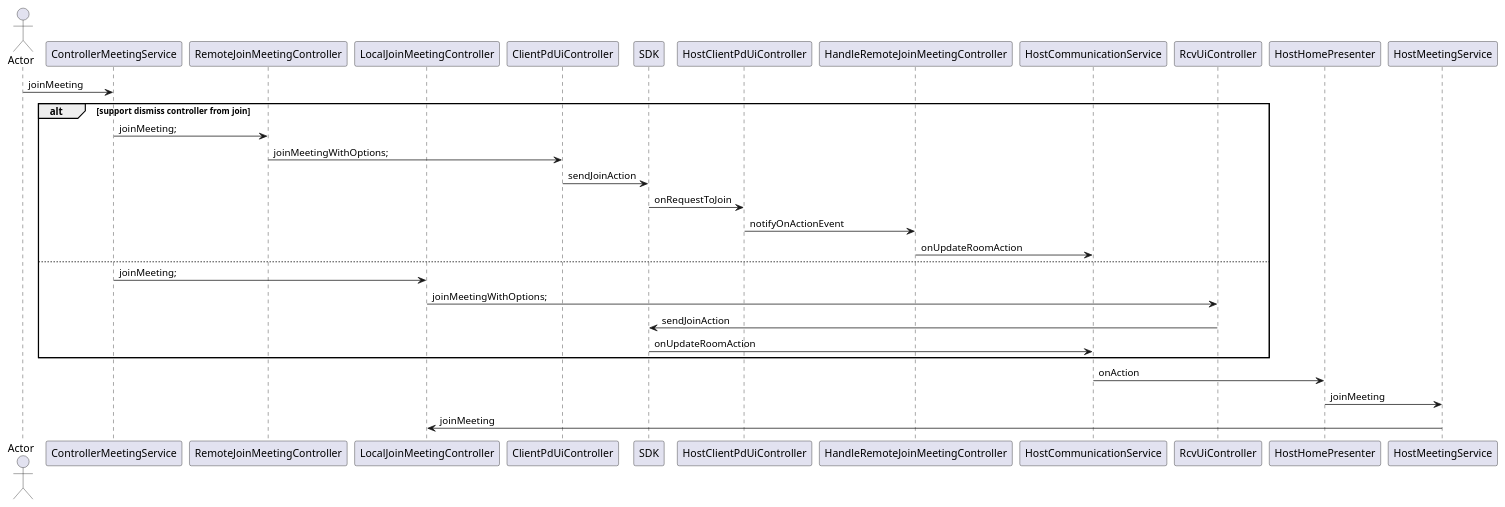
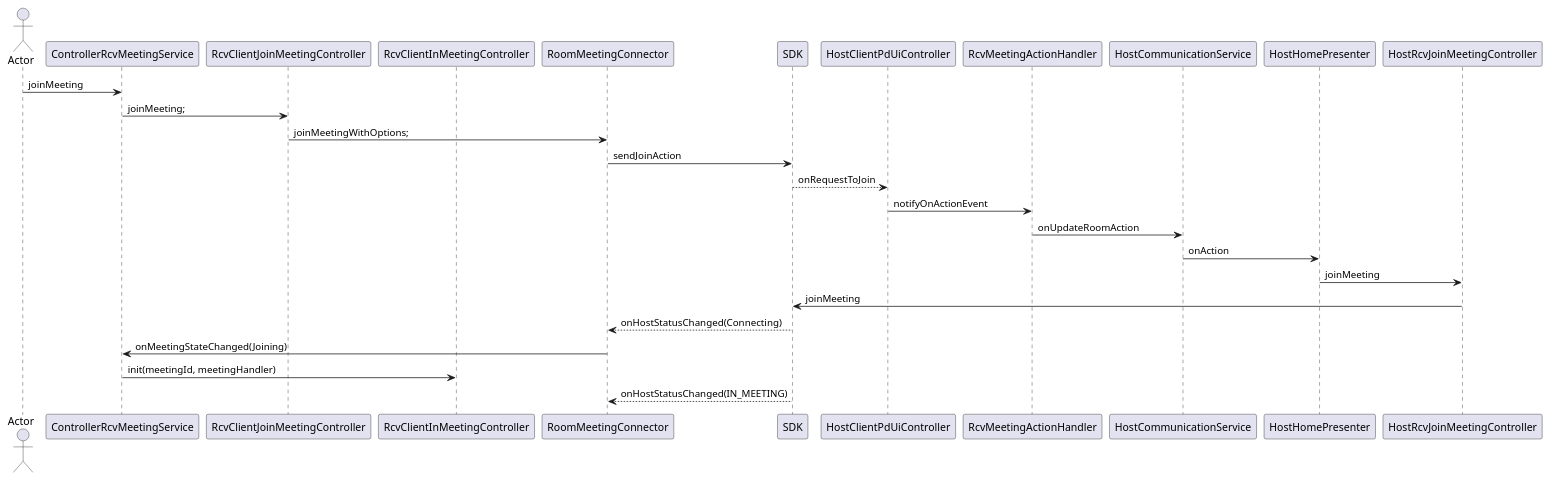
One commit to DarkSherlock/PlantUML changed the diagram in uml/dismissControllerFromJoin/DismissJoinSequenceDiagram.puml. Above: the diagram before and after it, drawn with PlantUML. The commit also changed 2 other files, not shown here.

Commit message:
add dismiss controller from join

```diff
--- a/uml/dismissControllerFromJoin/DismissJoinSequenceDiagram.puml
+++ b/uml/dismissControllerFromJoin/DismissJoinSequenceDiagram.puml
@@ -1,31 +1,28 @@
 @startuml
 'https://plantuml.com/sequence-diagram
 
 'autonumber
 
 actor Actor
-participant ControllerMeetingService
-participant RemoteJoinMeetingController
-participant LocalJoinMeetingController
+participant ControllerRcvMeetingService
+participant RcvClientJoinMeetingController
+participant RcvClientInMeetingController
 autoactivate off
 
-Actor -> ControllerMeetingService: joinMeeting
-alt support dismiss controller from join
-    ControllerMeetingService -> RemoteJoinMeetingController:joinMeeting;
-    RemoteJoinMeetingController -> ClientPdUiController:joinMeetingWithOptions;
-    ClientPdUiController -> SDK:sendJoinAction
-    SDK -> HostClientPdUiController:onRequestToJoin
-    HostClientPdUiController -> HandleRemoteJoinMeetingController: notifyOnActionEvent
-    HandleRemoteJoinMeetingController -> HostCommunicationService:onUpdateRoomAction
-else
-    ControllerMeetingService -> LocalJoinMeetingController:joinMeeting;
-    LocalJoinMeetingController -> RcvUiController:joinMeetingWithOptions;
-    RcvUiController -> SDK:sendJoinAction
-    SDK -> HostCommunicationService:onUpdateRoomAction
-end
+Actor -> ControllerRcvMeetingService: joinMeeting
+ControllerRcvMeetingService -> RcvClientJoinMeetingController:joinMeeting;
+RcvClientJoinMeetingController -> RoomMeetingConnector:joinMeetingWithOptions;
+RoomMeetingConnector -> SDK:sendJoinAction
+SDK --> HostClientPdUiController:onRequestToJoin
+HostClientPdUiController -> RcvMeetingActionHandler: notifyOnActionEvent
+RcvMeetingActionHandler -> HostCommunicationService:onUpdateRoomAction
+HostCommunicationService -> HostHomePresenter:onAction
+HostHomePresenter -> HostRcvJoinMeetingController:joinMeeting
 
-HostCommunicationService -> HostHomePresenter:onAction
-HostHomePresenter -> HostMeetingService:joinMeeting
-HostMeetingService -> LocalJoinMeetingController:joinMeeting
+HostRcvJoinMeetingController -> SDK: joinMeeting
+SDK --> RoomMeetingConnector:onHostStatusChanged(Connecting)
+RoomMeetingConnector -> ControllerRcvMeetingService:onMeetingStateChanged(Joining)
+ControllerRcvMeetingService -> RcvClientInMeetingController:init(meetingId, meetingHandler)
 
+SDK --> RoomMeetingConnector:onHostStatusChanged(IN_MEETING)
 @enduml
```
